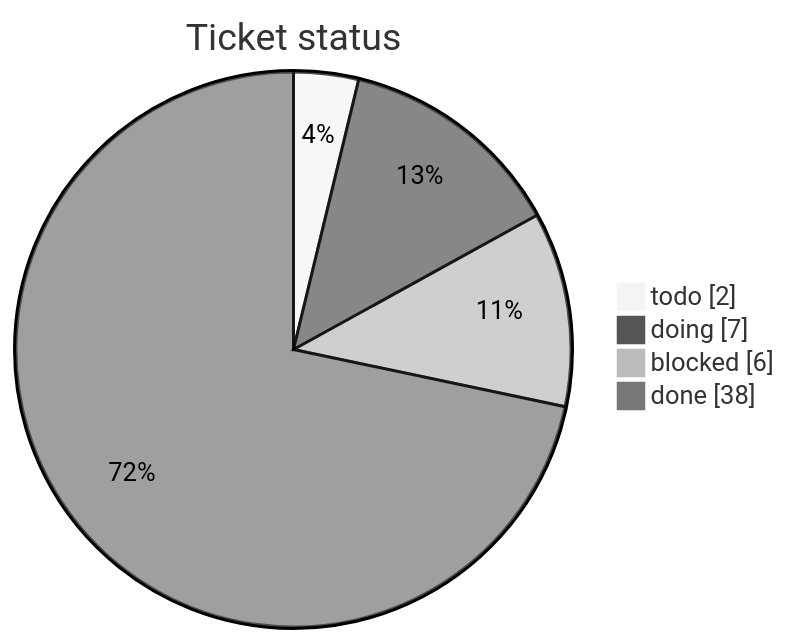
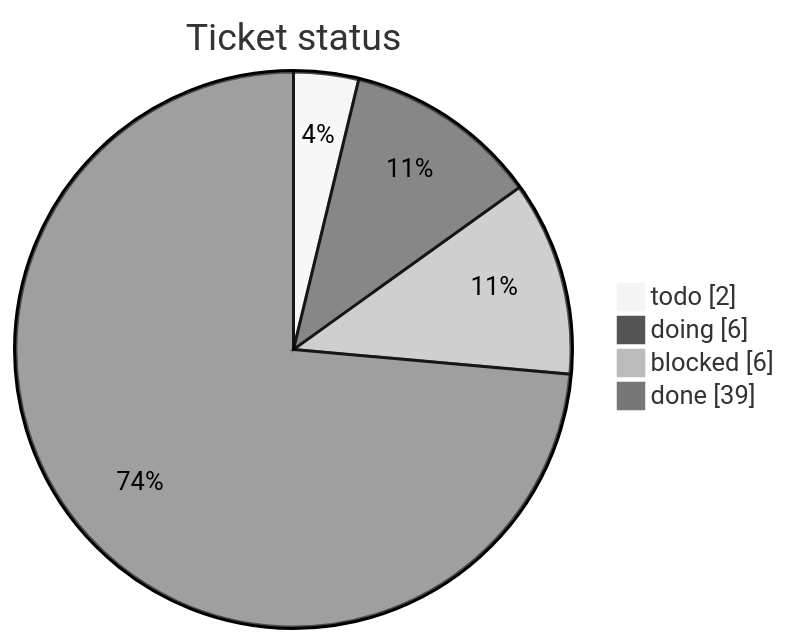
The first of 3 diagrams in tickets/TICKETS.md (mohamed-soubhi/bootlab-esp), drawn with Mermaid (neutral theme) before and after one commit. The commit also changed other lines of this file and 5 other files, not shown here.

````diff
--- a/tickets/TICKETS.md
+++ b/tickets/TICKETS.md
@@ -14,7 +14,7 @@
 ```mermaid
 pie showData title Ticket status
     "todo" : 2
-    "doing" : 7
+    "doing" : 6
     "blocked" : 6
-    "done" : 38
+    "done" : 39
 ```
````
